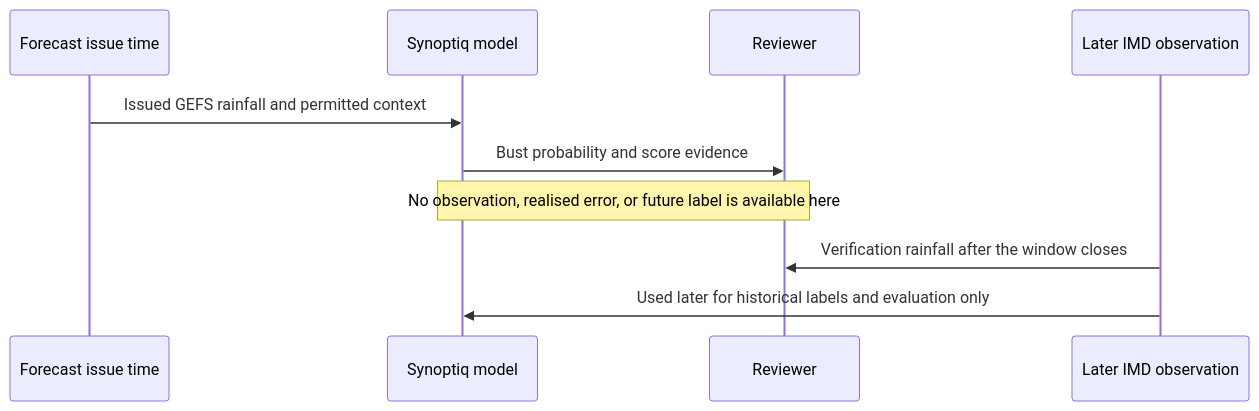
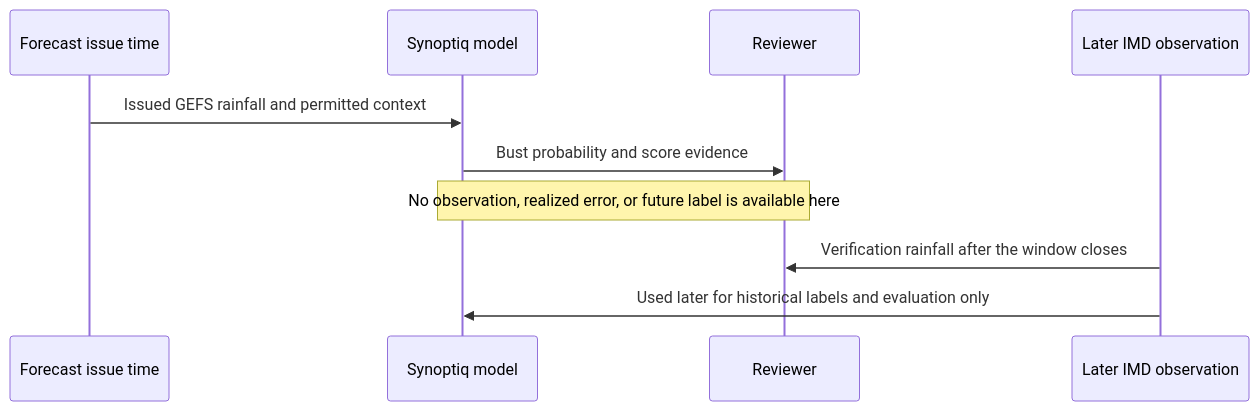
Before and after one commit to kan9667/synoptiq: the first of 2 diagrams in docs/SYNOPTIQ.md, drawn with Mermaid. The commit also changed other lines of this file, not shown here.

```diff
--- a/docs/SYNOPTIQ.md
+++ b/docs/SYNOPTIQ.md
@@ -143,13 +140,13 @@
 ~~~mermaid
 sequenceDiagram
     participant F as Forecast issue time
     participant M as Synoptiq model
     participant R as Reviewer
     participant O as Later IMD observation
 
     F->>M: Issued GEFS rainfall and permitted context
     M->>R: Bust probability and score evidence
-    Note over M,R: No observation, realised error, or future label is available here
+    Note over M,R: No observation, realized error, or future label is available here
     O->>R: Verification rainfall after the window closes
     O->>M: Used later for historical labels and evaluation only
 ~~~
```
